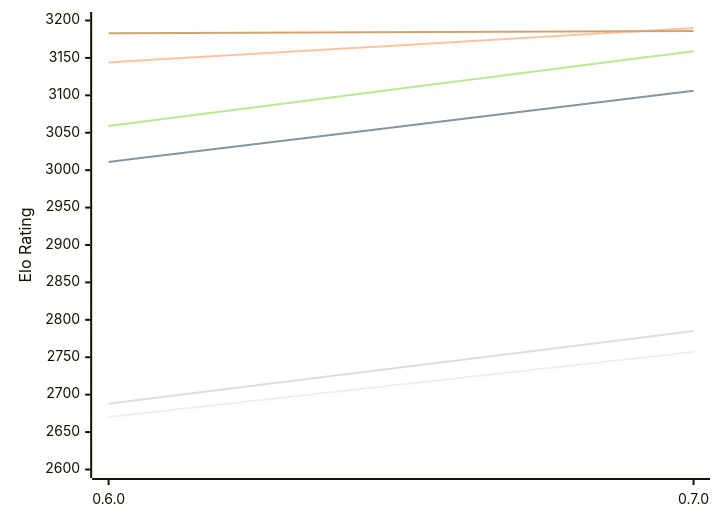
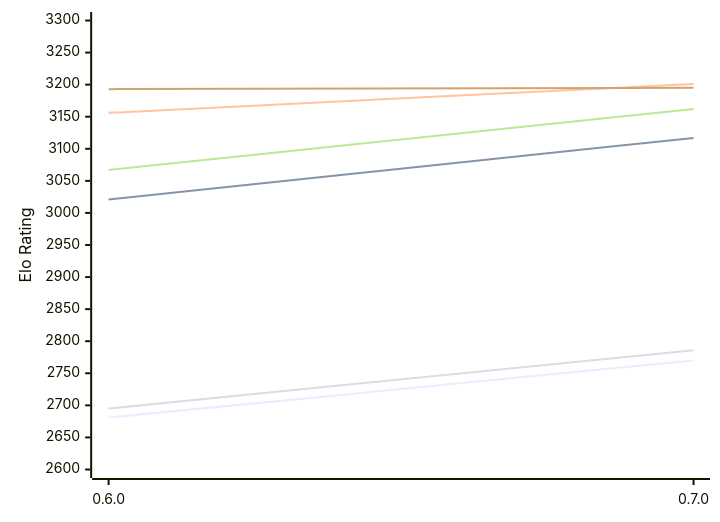
The first of 2 diagrams in engines/AteNika.md (computer-chess-index/cci), drawn with Mermaid before and after one commit. The commit also changed other lines of this file, not shown here.

Commit message:
Update CCI Ratings (ELO VLTC) - 2026-10-25

````diff
--- a/engines/AteNika.md
+++ b/engines/AteNika.md
@@ -52,12 +52,12 @@
 ```mermaid
 %%{init: {"theme":"base","themeVariables":{"seriesColors:['#a3a3a3','#222221','#faa371']}}}%%
 xychart-beta
   x-axis ["0.6.0", "0.7.0"]
-  y-axis "Elo Rating" 2600 --> 3200
-  line "E1: STC (8.0+0.08s)" [2670, 2757]
-  line "E1: LTC (60.0+0.60s)" [3011, 3106]
-  line "E1: VLTC (2m24s+1.12s)" [3144, 3190]
-  line "P1: STC (8.0+0.08s)" [2688, 2785]
-  line "P1: LTC (60.0+0.60s)" [3059, 3159]
-  line "P1: VLTC (2m24s+1.12s)" [3183, 3186]
+  y-axis "Elo Rating" 2600 --> 3300
+  line "E1: STC (8.0+0.08s)" [2681, 2770]
+  line "E1: LTC (60.0+0.60s)" [3021, 3117]
+  line "E1: VLTC (2m24s+1.12s)" [3156, 3201]
+  line "P1: STC (8.0+0.08s)" [2695, 2786]
+  line "P1: LTC (60.0+0.60s)" [3067, 3162]
+  line "P1: VLTC (2m24s+1.12s)" [3193, 3195]
 ```
````
